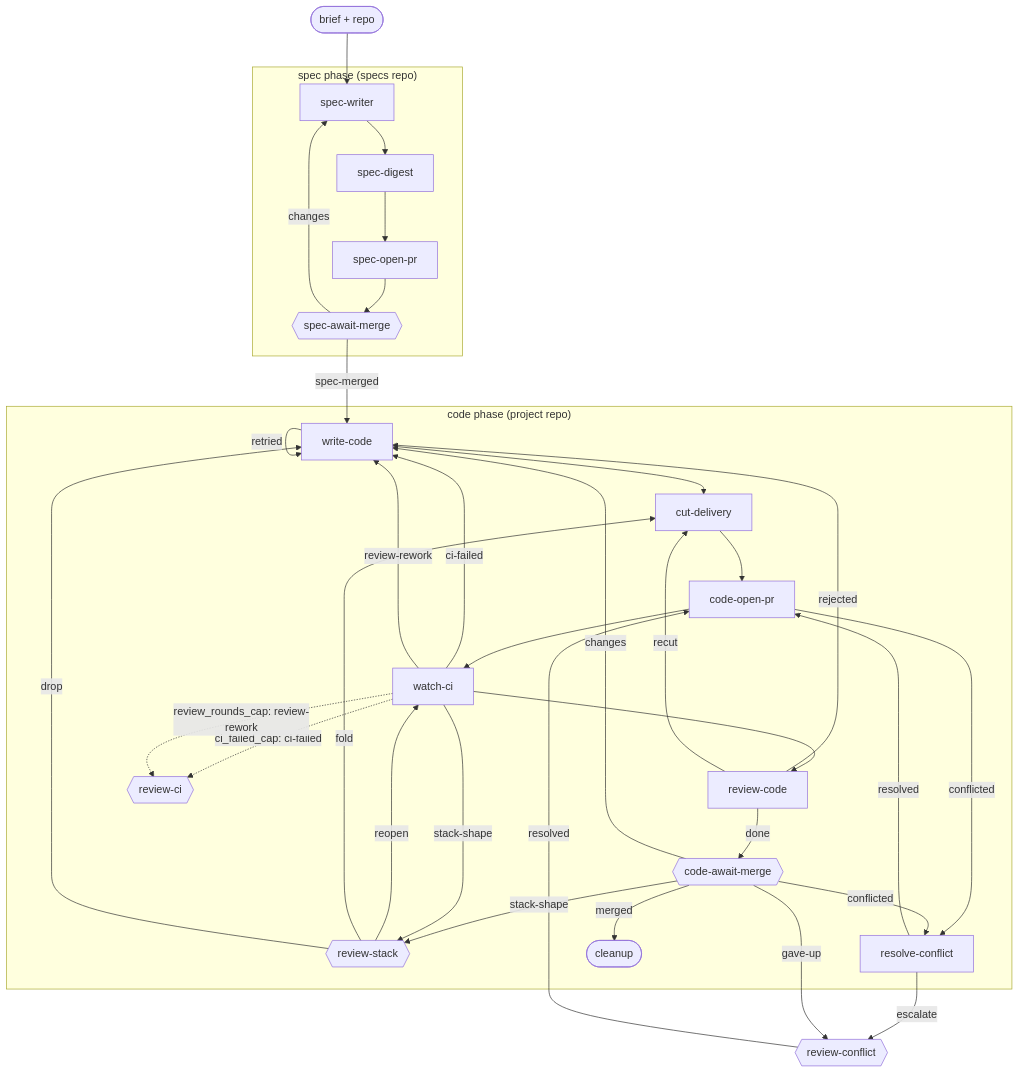
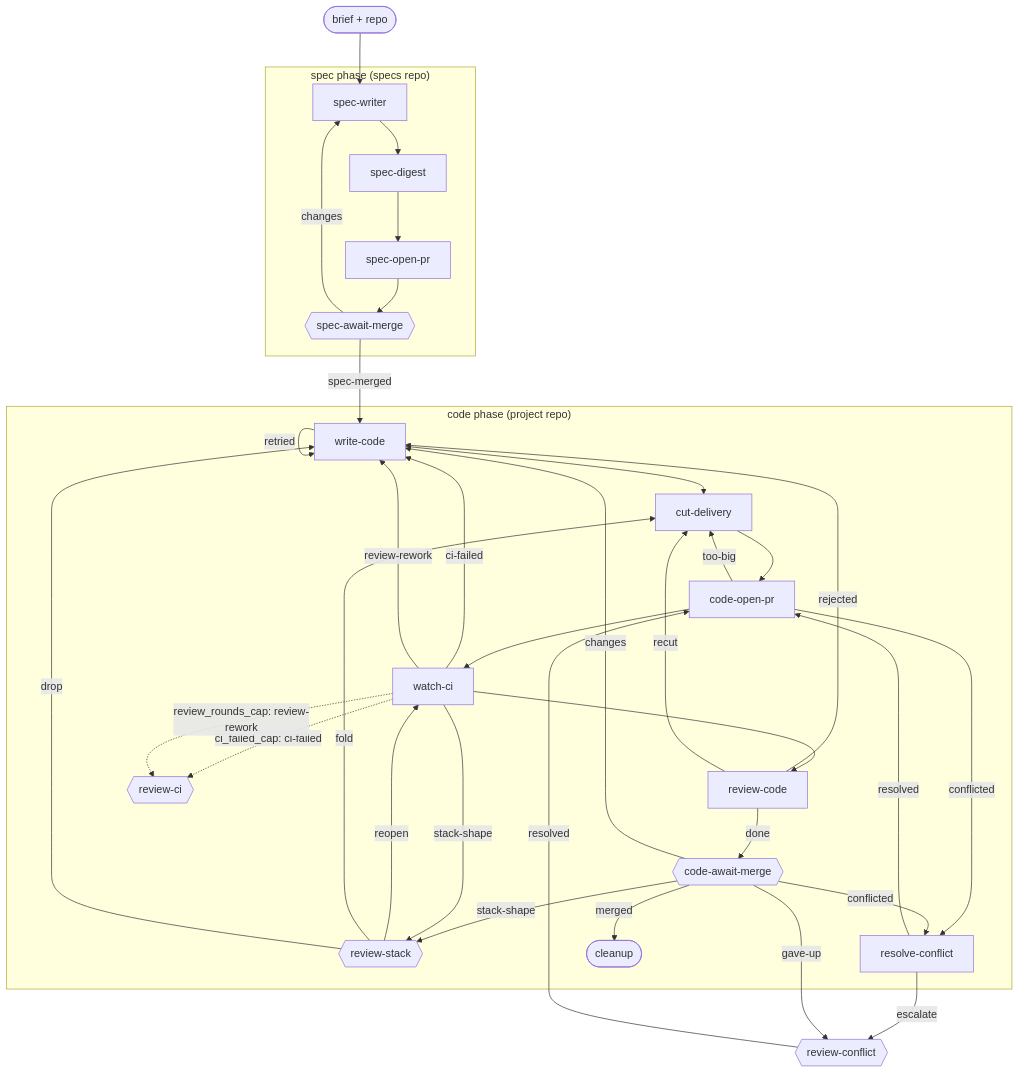
The diagram in docs/spec-driven.md (kenmclennan/lightcycle-workflows), drawn with Mermaid before and after one commit. The commit also changed other lines of this file and 12 other files, not shown here.

````diff
--- a/docs/spec-driven.md
+++ b/docs/spec-driven.md
@@ -15,33 +15,34 @@
 ```mermaid
 flowchart TD
     brief(["brief + repo"]) --> SW["spec-writer"]
     subgraph S ["spec phase (specs repo)"]
         SW --> SD["spec-digest"] --> SOP["spec-open-pr"] --> SAM{{"spec-await-merge"}}
         SAM -->|changes| SW
     end
     SAM -->|spec-merged| WC["write-code"]
     subgraph C ["code phase (project repo)"]
         WC --> CD["cut-delivery"] --> COP["code-open-pr"] --> WCI["watch-ci"] --> RC["review-code"]
         WCI -->|ci-failed| WC
         WCI -->|review-rework| WC
         WCI -.->|"ci_failed_cap: ci-failed"| RCI{{"review-ci"}}
         WCI -.->|"review_rounds_cap: review-rework"| RCI
         RC -->|rejected| WC
         RC -->|done| CAM{{"code-await-merge"}}
         CAM -->|changes| WC
         WC -->|retried| WC
         RC -->|recut| CD
         CAM -->|stack-shape| RS{{"review-stack"}}
         WCI -->|stack-shape| RS
         RS -->|reopen| WCI
         RS -->|fold| CD
         RS -->|drop| WC
         COP -->|conflicted| RCF["resolve-conflict"]
+        COP -->|too-big| CD
         CAM -->|conflicted| RCF
         RCF -->|resolved| COP
         CAM -->|merged| CU(["cleanup"])
     end
     RCF -->|escalate| RCON{{"review-conflict"}}
     CAM -->|gave-up| RCON
     RCON -->|resolved| COP
 ```
````
